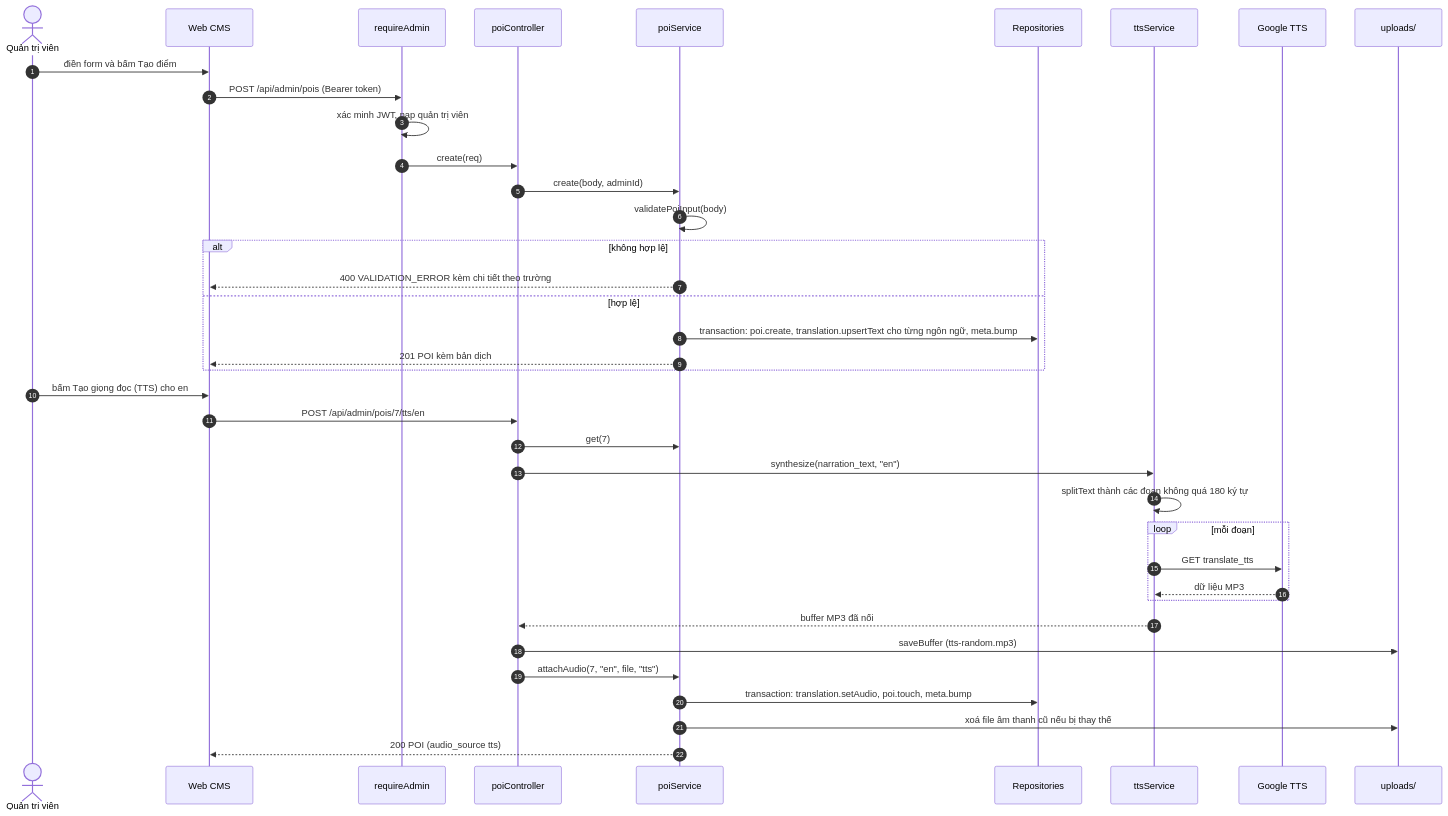
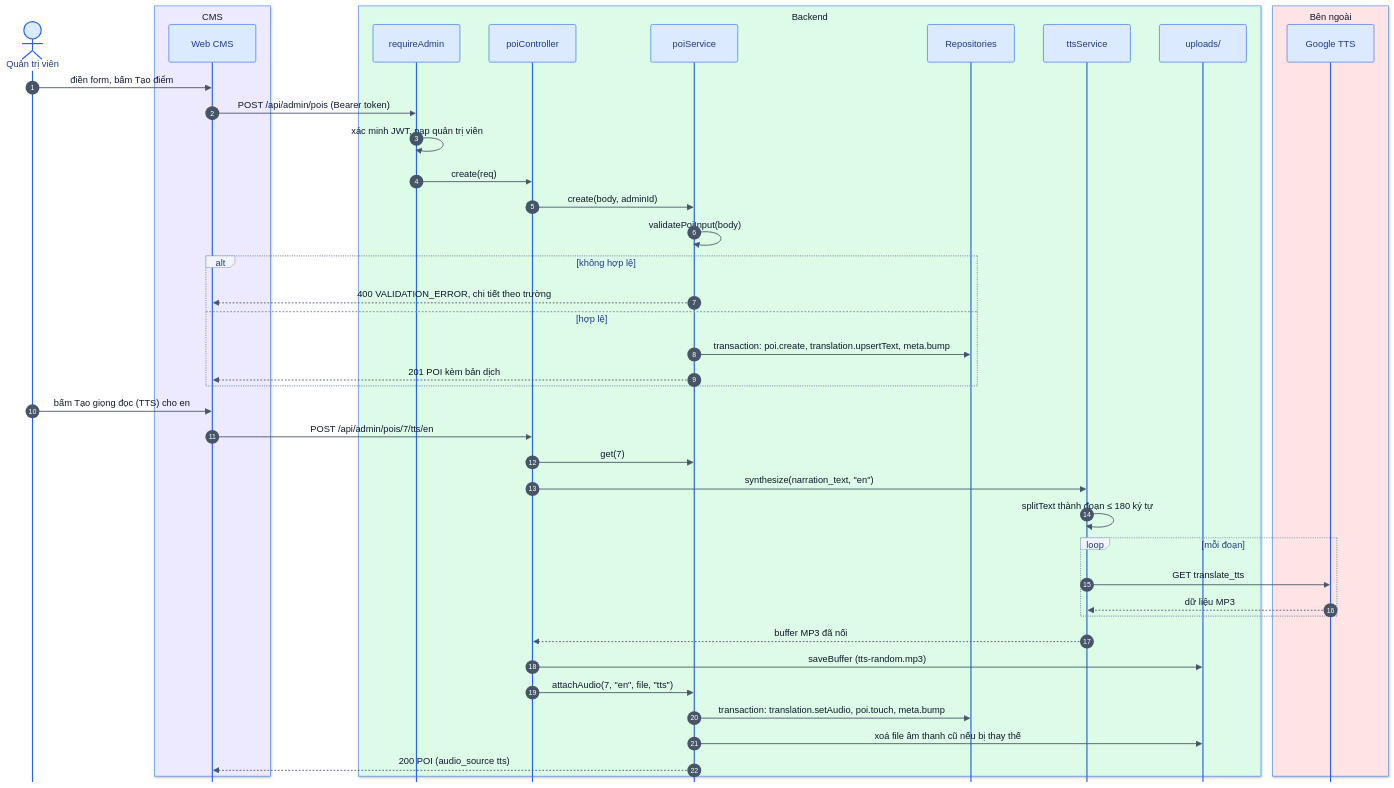
Before and after one commit to AiraLeFatale/CongNghePhanMem_Project: diagram 19 of 28 in docs/02-design.md, drawn with Mermaid. The commit also changed other lines of this file and 181 other files, not shown here.

````diff
--- a/docs/02-design.md
+++ b/docs/02-design.md
@@ -550,41 +802,48 @@
 ```mermaid
+%%{init: {"theme":"base","fontFamily":"Helvetica Neue, Arial, sans-serif","themeVariables":{"fontFamily":"Helvetica Neue, Arial, sans-serif","fontSize":"15px","primaryColor":"#EFF6FF","primaryBorderColor":"#3B82F6","primaryTextColor":"#0F172A","lineColor":"#64748B","secondaryColor":"#F0FDF4","tertiaryColor":"#FFFFFF","clusterBkg":"#F8FAFC","clusterBorder":"#CBD5E1","edgeLabelBackground":"#FFFFFF","noteBkgColor":"#FEF9C3","noteBorderColor":"#EAB308","actorBkg":"#DBEAFE","actorBorder":"#2563EB","actorTextColor":"#1E3A8A","signalColor":"#475569","signalTextColor":"#0F172A","labelBoxBkgColor":"#F1F5F9","labelBoxBorderColor":"#94A3B8","activationBkgColor":"#E0F2FE","activationBorderColor":"#0284C7","sequenceNumberColor":"#FFFFFF","pie1":"#16A34A","pie2":"#F59E0B","pie3":"#94A3B8","pie4":"#DC2626","pie5":"#2563EB","pie6":"#7C3AED","pieStrokeColor":"#FFFFFF","pieSectionTextColor":"#FFFFFF","quadrant1Fill":"#FEE2E2","quadrant2Fill":"#FEF3C7","quadrant3Fill":"#DCFCE7","quadrant4Fill":"#FEF3C7","quadrantPointFill":"#1E3A8A","quadrantPointTextFill":"#0F172A","git0":"#1E3A8A","gitBranchLabel0":"#FFFFFF","cScale0":"#DBEAFE","cScale1":"#DCFCE7","cScale2":"#EDE9FE","cScale3":"#FEF3C7","cScale4":"#FFE4E6","cScale5":"#E0F2FE","cScale6":"#F1F5F9"},"flowchart":{"curve":"basis","padding":16,"nodeSpacing":40,"rankSpacing":50},"sequence":{"showSequenceNumbers":true,"mirrorActors":false}}}%%
 sequenceDiagram
     autonumber
     actor A as Quản trị viên
-    participant CMS as Web CMS
-    participant MW as requireAdmin
-    participant C as poiController
-    participant S as poiService
-    participant R as Repositories
-    participant T as ttsService
-    participant G as Google TTS
-    participant FS as uploads/
+    box rgb(237,233,254) CMS
+        participant CMS as Web CMS
+    end
+    box rgb(220,252,231) Backend
+        participant MW as requireAdmin
+        participant C as poiController
+        participant S as poiService
+        participant R as Repositories
+        participant T as ttsService
+        participant FS as uploads/
+    end
+    box rgb(255,228,230) Bên ngoài
+        participant G as Google TTS
+    end
 
-    A->>CMS: điền form và bấm Tạo điểm
+    A->>CMS: điền form, bấm Tạo điểm
     CMS->>MW: POST /api/admin/pois (Bearer token)
     MW->>MW: xác minh JWT, nạp quản trị viên
     MW->>C: create(req)
     C->>S: create(body, adminId)
     S->>S: validatePoiInput(body)
     alt không hợp lệ
-        S-->>CMS: 400 VALIDATION_ERROR kèm chi tiết theo trường
+        S-->>CMS: 400 VALIDATION_ERROR, chi tiết theo trường
     else hợp lệ
-        S->>R: transaction: poi.create, translation.upsertText cho từng ngôn ngữ, meta.bump
+        S->>R: transaction: poi.create, translation.upsertText, meta.bump
         S-->>CMS: 201 POI kèm bản dịch
     end
     A->>CMS: bấm Tạo giọng đọc (TTS) cho en
     CMS->>C: POST /api/admin/pois/7/tts/en
     C->>S: get(7)
     C->>T: synthesize(narration_text, "en")
-    T->>T: splitText thành các đoạn không quá 180 ký tự
+    T->>T: splitText thành đoạn ≤ 180 ký tự
     loop mỗi đoạn
         T->>G: GET translate_tts
         G-->>T: dữ liệu MP3
     end
     T-->>C: buffer MP3 đã nối
     C->>FS: saveBuffer (tts-random.mp3)
     C->>S: attachAudio(7, "en", file, "tts")
     S->>R: transaction: translation.setAudio, poi.touch, meta.bump
     S->>FS: xoá file âm thanh cũ nếu bị thay thế
     S-->>CMS: 200 POI (audio_source tts)
 ```
````
